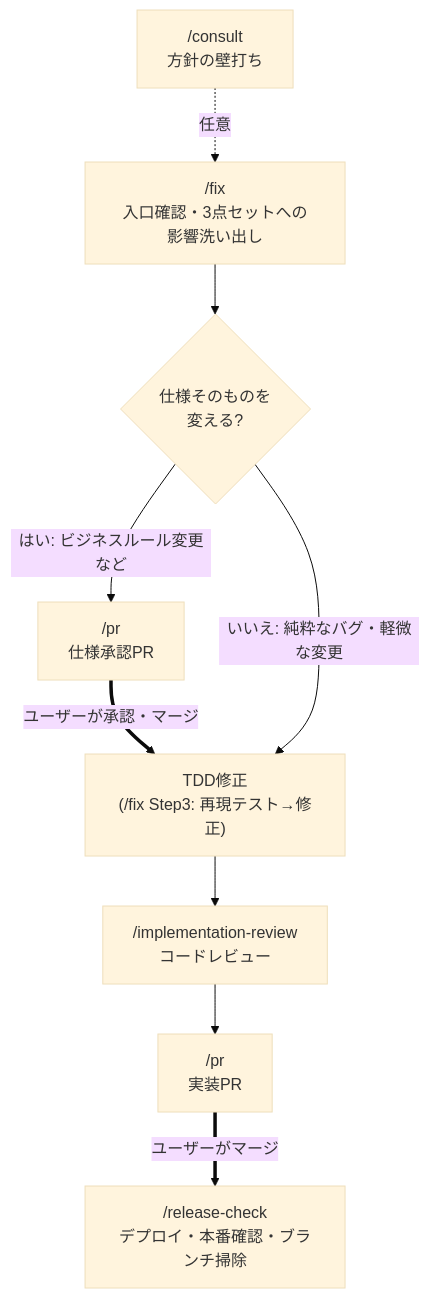
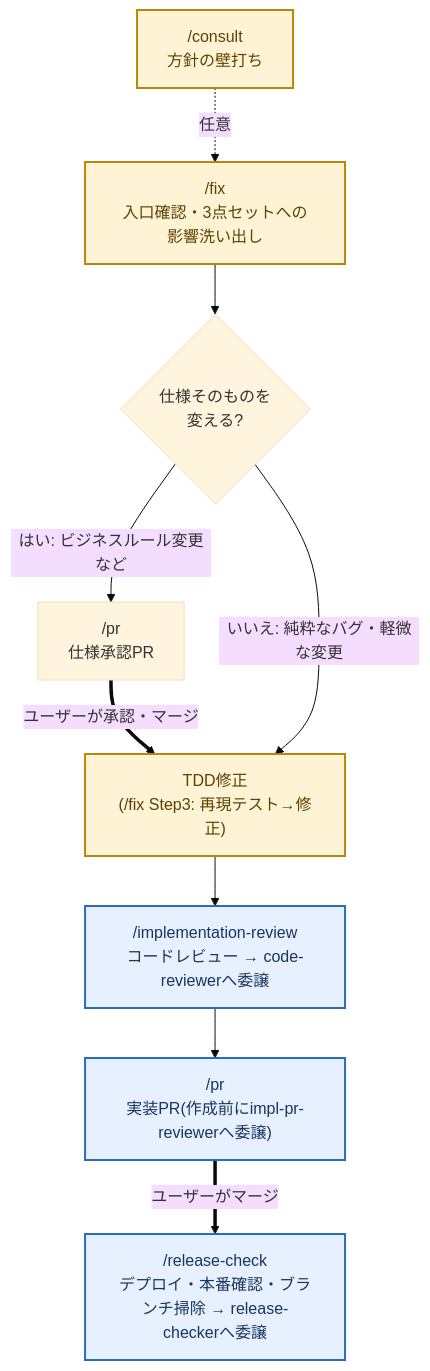
Before and after one commit to zakiyama0108/benriyatool: the third of 3 diagrams in .claude/skills/README.md, drawn with Mermaid (base theme). The commit also changed other lines of this file and 1 other file, not shown here.

First line of the commit message:
docs(skills): ADR 0002とREADMEで重複していた遷移図を統合 (#113)

````diff
--- a/.claude/skills/README.md
+++ b/.claude/skills/README.md
@@ -141,20 +174,25 @@
 ```mermaid
 flowchart TD
-    consult["/consult<br>方針の壁打ち"]
+    consult2["/consult<br>方針の壁打ち"]
     fix["/fix<br>入口確認・3点セットへの影響洗い出し"]
     branch{"仕様そのものを<br>変える?"}
-    prspec["/pr<br>仕様承認PR"]
+    prspec2["/pr<br>仕様承認PR"]
     tdd["TDD修正<br>(/fix Step3: 再現テスト→修正)"]
-    implreview["/implementation-review<br>コードレビュー"]
-    primpl["/pr<br>実装PR"]
-    release["/release-check<br>デプロイ・本番確認・ブランチ掃除"]
+    implreview2["/implementation-review<br>コードレビュー → code-reviewerへ委譲"]
+    primpl2["/pr<br>実装PR(作成前にimpl-pr-reviewerへ委譲)"]
+    release2["/release-check<br>デプロイ・本番確認・ブランチ掃除 → release-checkerへ委譲"]
 
-    consult -.任意.-> fix
+    consult2 -.任意.-> fix
     fix --> branch
-    branch -->|はい: ビジネスルール変更など| prspec
-    prspec ==>|ユーザーが承認・マージ| tdd
+    branch -->|はい: ビジネスルール変更など| prspec2
+    prspec2 ==>|ユーザーが承認・マージ| tdd
     branch -->|いいえ: 純粋なバグ・軽微な変更| tdd
-    tdd --> implreview
-    implreview --> primpl
-    primpl ==>|ユーザーがマージ| release
+    tdd --> implreview2
+    implreview2 --> primpl2
+    primpl2 ==>|ユーザーがマージ| release2
+
+    classDef dialogue fill:#fff3d6,stroke:#b8860b,stroke-width:2px,color:#5c4300;
+    classDef agent fill:#e6f0ff,stroke:#2b6cb8,stroke-width:2px,color:#1a365d;
+    class consult2,fix,tdd dialogue;
+    class implreview2,primpl2,release2 agent;
 ```
````
